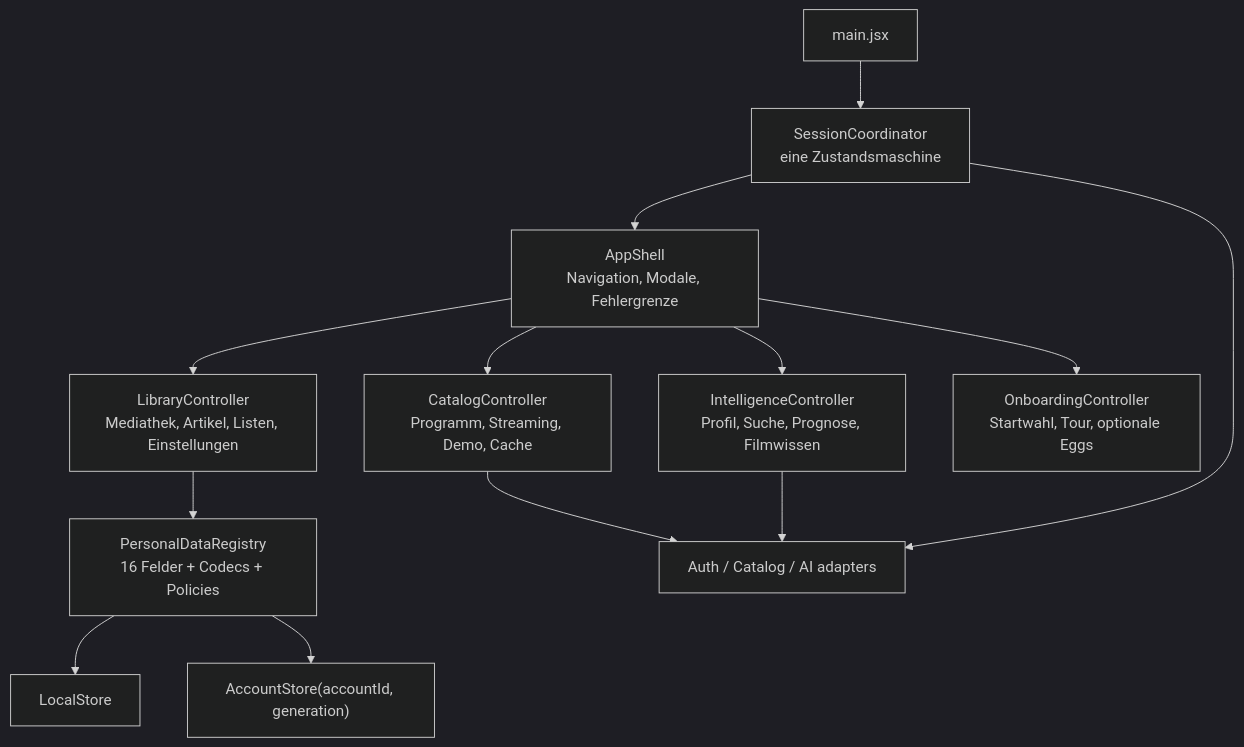
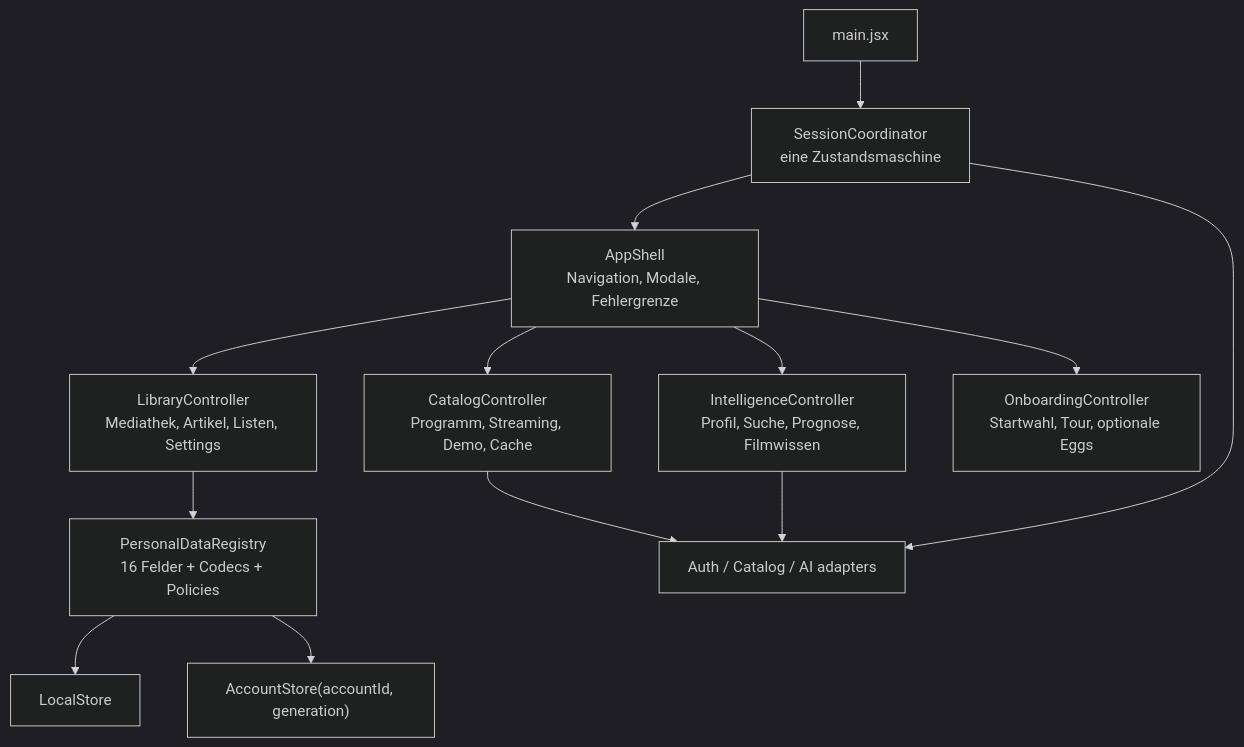
One commit to Soppagata/kinodreieck-app changed the second of 2 diagrams in docs/ARCHITEKTUR_AUDIT_2026-07-31.md. Above: the diagram before and after it, drawn with Mermaid (dark theme). The commit also changed other lines of this file and 55 other files, not shown here.

Commit message:
feat(ui): refine search, discovery and library flows

````diff
--- a/docs/ARCHITEKTUR_AUDIT_2026-07-31.md
+++ b/docs/ARCHITEKTUR_AUDIT_2026-07-31.md
@@ -978,27 +978,27 @@
 ```mermaid
 flowchart TD
     MAIN["main.jsx"]
     COORD["SessionCoordinator<br/>eine Zustandsmaschine"]
     SHELL["AppShell<br/>Navigation, Modale, Fehlergrenze"]
-    LIB["LibraryController<br/>Mediathek, Artikel, Listen, Einstellungen"]
+    LIB["LibraryController<br/>Mediathek, Artikel, Listen, Settings"]
     CAT["CatalogController<br/>Programm, Streaming, Demo, Cache"]
     INTEL["IntelligenceController<br/>Profil, Suche, Prognose, Filmwissen"]
     ONB["OnboardingController<br/>Startwahl, Tour, optionale Eggs"]
     REG["PersonalDataRegistry<br/>16 Felder + Codecs + Policies"]
     LOCAL["LocalStore"]
     ACCOUNT["AccountStore(accountId, generation)"]
     API["Auth / Catalog / AI adapters"]
 
     MAIN --> COORD
     COORD --> SHELL
     SHELL --> LIB
     SHELL --> CAT
     SHELL --> INTEL
     SHELL --> ONB
     LIB --> REG
     REG --> LOCAL
     REG --> ACCOUNT
     CAT --> API
     INTEL --> API
     COORD --> API
 ```
````
